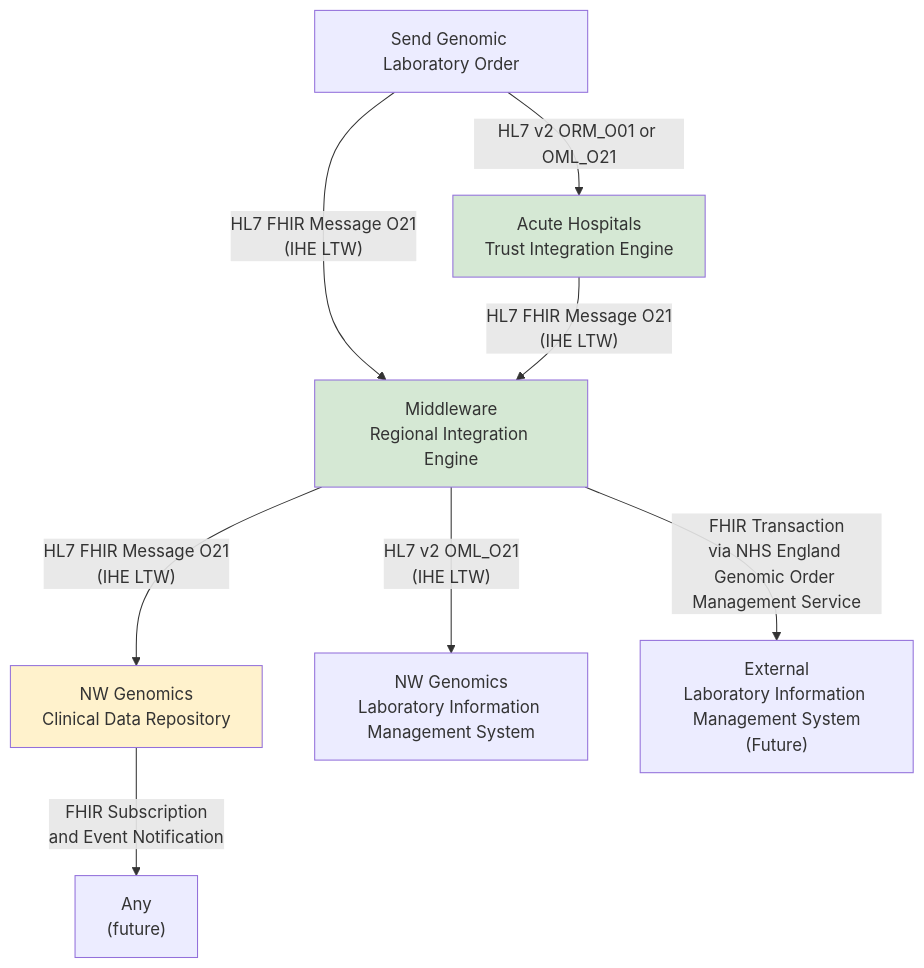
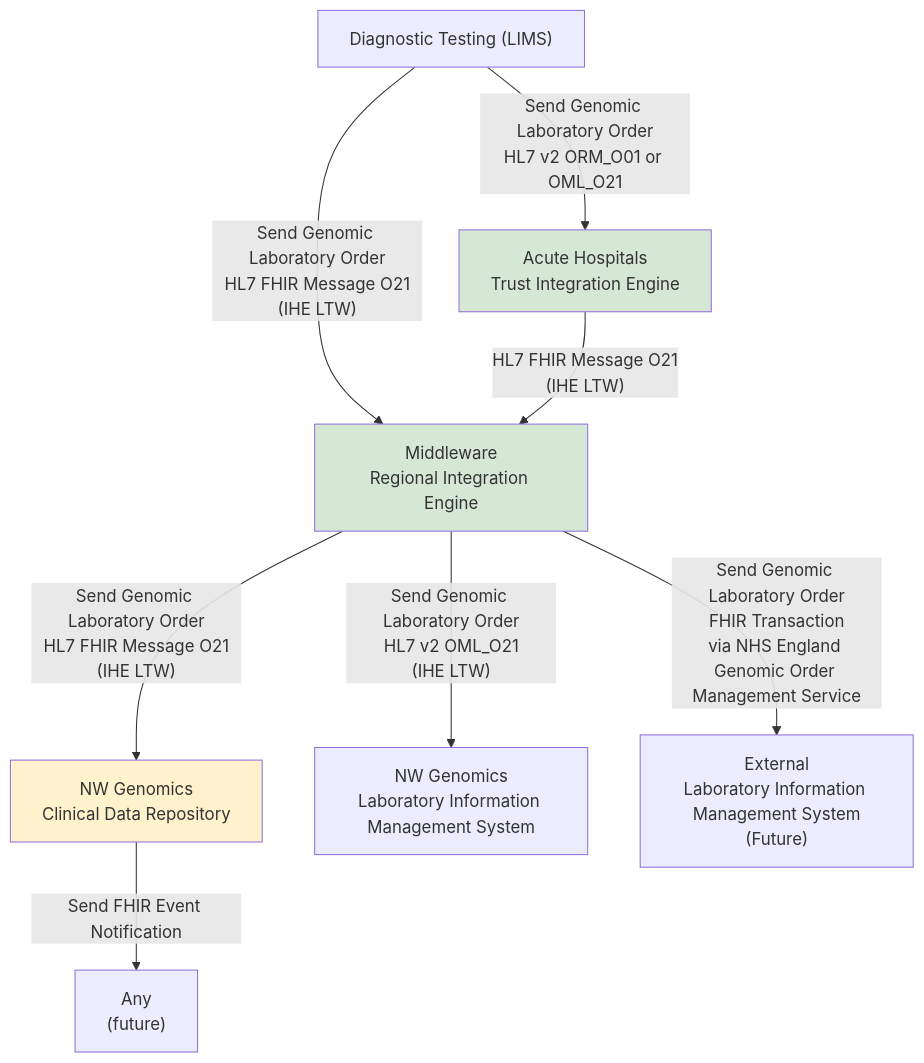
Before and after one commit to uk-gov-mirror/nw-gmsa.nw-gmsa.github.com: the sixth of 6 diagrams in input/pagecontent/index.md, drawn with Mermaid. The commit also changed other lines of this file, not shown here.

Commit message:
Diagnostic Implication

````diff
--- a/input/pagecontent/index.md
+++ b/input/pagecontent/index.md
@@ -194,16 +193,16 @@
 ```mermaid
 graph TD;
-    Receive[Send Genomic Laboratory Order] --> |HL7 v2 ORM_O01 or OML_O21| OR[Acute Hospitals<br/>Trust Integration Engine]
-    Receive --> |"HL7 FHIR Message O21<br/>(IHE LTW)"| RIE
+    Receive["Diagnostic Testing (LIMS)"] --> |Send Genomic Laboratory Order<br/>HL7 v2 ORM_O01 or OML_O21| OR[Acute Hospitals<br/>Trust Integration Engine]
+    Receive --> |"Send Genomic Laboratory Order<br/>HL7 FHIR Message O21<br/>(IHE LTW)"| RIE
     OR --> |"HL7 FHIR Message O21<br/>(IHE LTW)"| RIE[Middleware<br/>Regional Integration Engine] 
-    RIE --> |"HL7 FHIR Message O21<br/>(IHE LTW)"| CDR[NW Genomics<br/>Clinical Data Repository]
-    CDR --> |FHIR Subscription <br/> and Event Notification| Any["Any <br/>(future)"]
-    RIE --> |"HL7 v2 OML_O21<br/>(IHE LTW)"| EHRTIE[NW Genomics<br/>Laboratory Information Management System] 
-    RIE --> |"FHIR Transaction<br/>via NHS England Genomic Order Management Service"| GOMS["External<br/>Laboratory Information Management System<br/>(Future)"] 
+    RIE --> |"Send Genomic Laboratory Order<br/>HL7 FHIR Message O21<br/>(IHE LTW)"| CDR[NW Genomics<br/>Clinical Data Repository]
+    CDR --> |Send FHIR Event Notification| Any["Any <br/>(future)"]
+    RIE --> |"Send Genomic Laboratory Order<br/>HL7 v2 OML_O21<br/>(IHE LTW)"| EHRTIE[NW Genomics<br/>Laboratory Information Management System] 
+    RIE --> |"Send Genomic Laboratory Order<br/>FHIR Transaction<br/>via NHS England Genomic Order Management Service"| GOMS["External<br/>Laboratory Information Management System<br/>(Future)"] 
     
     classDef green fill:#D5E8D4;
     classDef yellow fill:#FFF2CC;
     class RIE green;
     class OR green;
     class CDR yellow;
 ```
````
